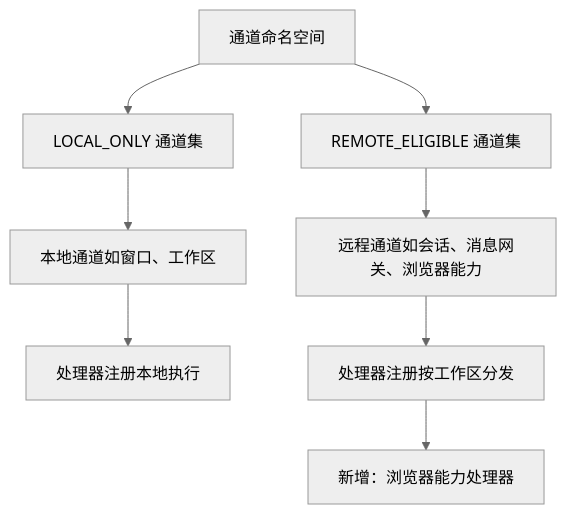
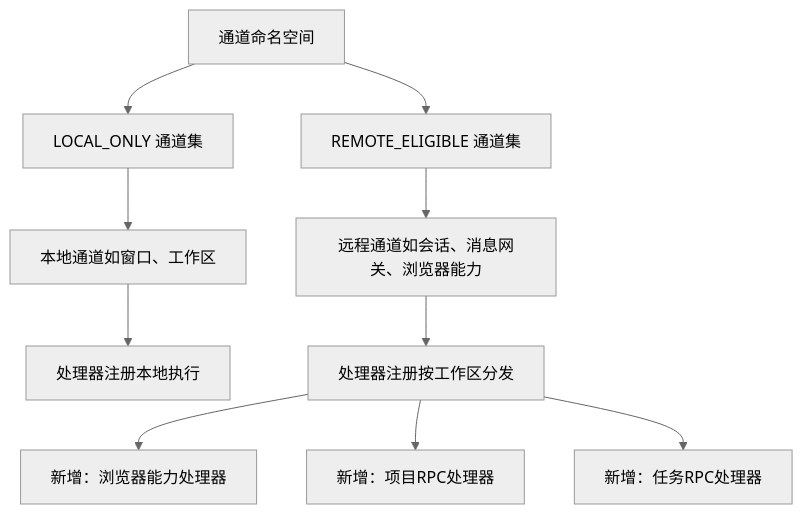
One commit to haolange/craft-agents-oss changed the fifth of 12 diagrams in .qoder/repowiki/zh/content/服务器架构/服务器核心/服务器核心.md. Above: the diagram before and after it, drawn with Mermaid (neutral theme). The commit also changed other lines of this file and 8 other files, not shown here.

````diff
--- a/.qoder/repowiki/zh/content/服务器架构/服务器核心/服务器核心.md
+++ b/.qoder/repowiki/zh/content/服务器架构/服务器核心/服务器核心.md
@@ -254,10 +324,12 @@
 ```mermaid
 flowchart TD
 A["通道命名空间"] --> B["LOCAL_ONLY 通道集"]
 A --> C["REMOTE_ELIGIBLE 通道集"]
 B --> D["本地通道如窗口、工作区"]
 C --> E["远程通道如会话、消息网关、浏览器能力"]
 D --> F["处理器注册本地执行"]
 E --> G["处理器注册按工作区分发"]
 G --> H["新增：浏览器能力处理器"]
+G --> I["新增：项目RPC处理器"]
+G --> J["新增：任务RPC处理器"]
 ```
````
